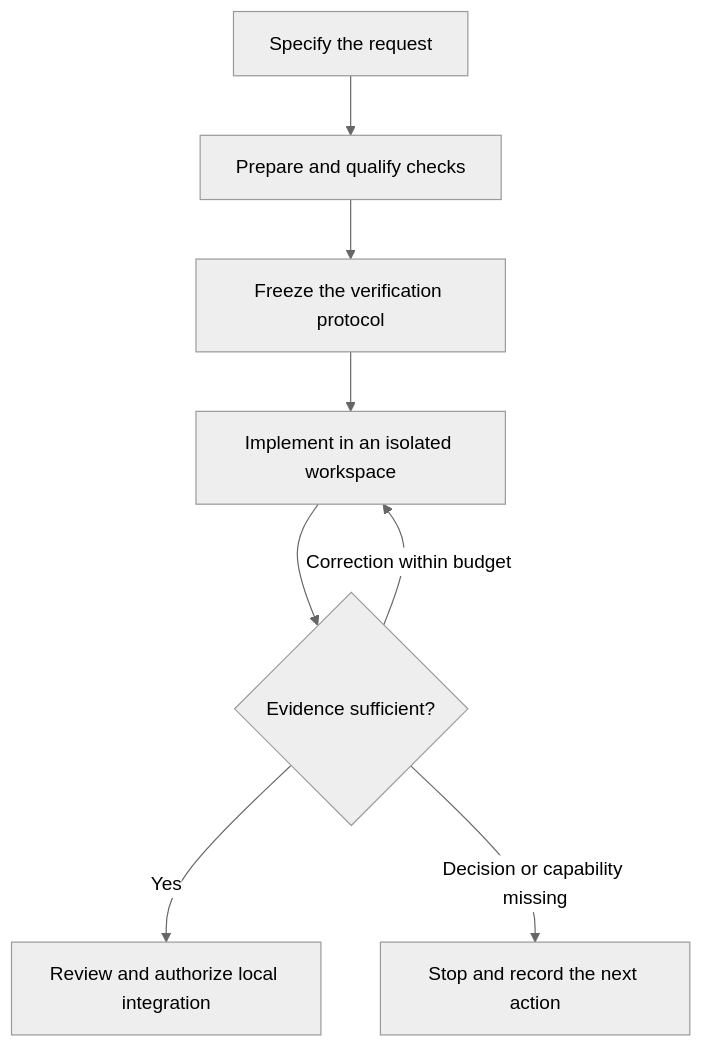
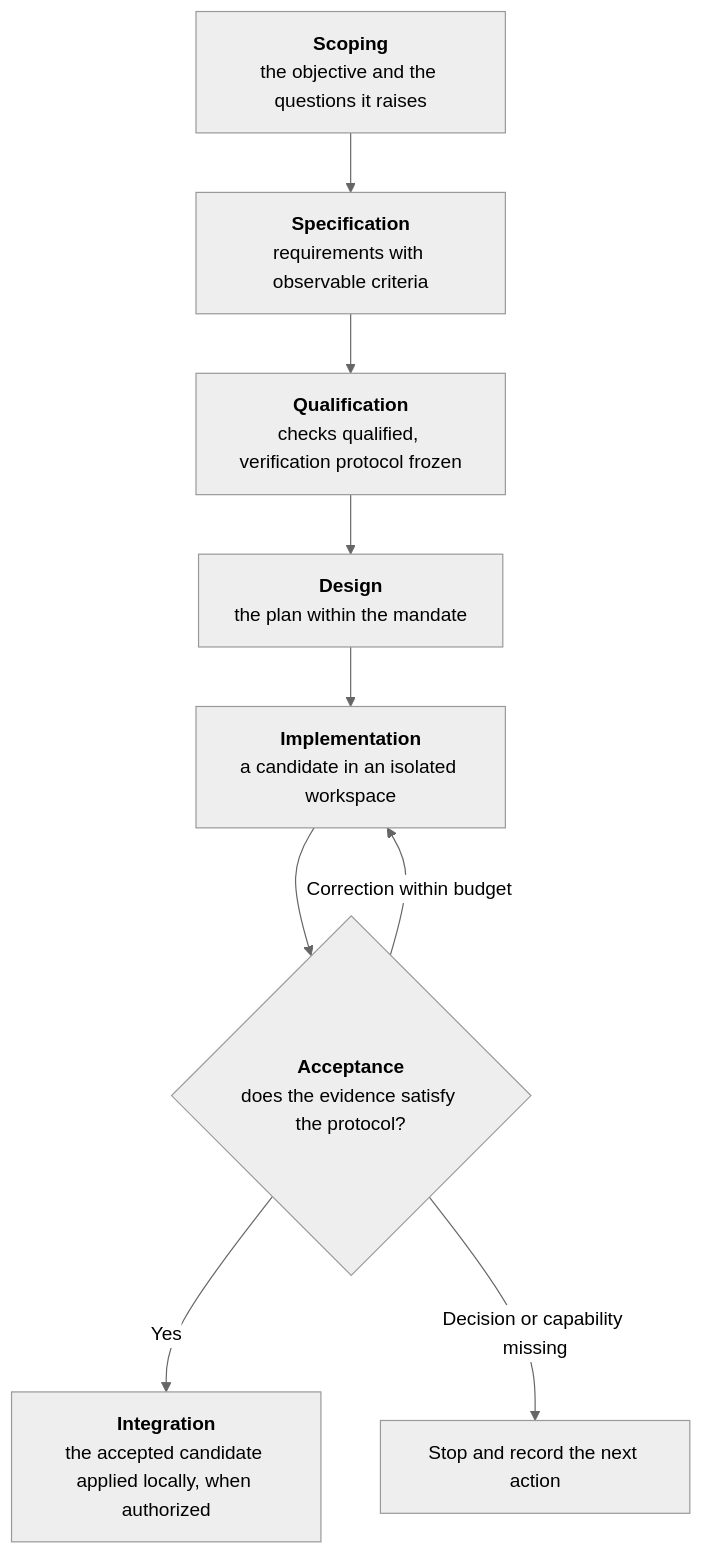
Before and after one commit to jeanjerome/pi-495: the diagram in README.md, drawn with Mermaid (neutral theme).

Commit message:
docs: the README diagram shows the seven steps Scoping to Integration, with correction and stop as the ways out of Acceptance

````diff
--- a/README.md
+++ b/README.md
@@ -131,10 +131,18 @@
 ```mermaid
 flowchart TD
-    A["Specify the request"] --> B["Prepare and qualify checks"]
-    B --> C["Freeze the verification protocol"]
-    C --> D["Implement in an isolated workspace"]
-    D --> E{"Evidence sufficient?"}
-    E -->|"Yes"| F["Review and authorize local integration"]
-    E -->|"Correction within budget"| D
-    E -->|"Decision or capability missing"| G["Stop and record the next action"]
+    S["`**Scoping**
+the objective and the questions it raises`"] --> SP["`**Specification**
+requirements with observable criteria`"]
+    SP --> Q["`**Qualification**
+checks qualified, verification protocol frozen`"]
+    Q --> D["`**Design**
+the plan within the mandate`"]
+    D --> I["`**Implementation**
+a candidate in an isolated workspace`"]
+    I --> A{"`**Acceptance**
+does the evidence satisfy the protocol?`"}
+    A -->|"Yes"| G["`**Integration**
+the accepted candidate applied locally, when authorized`"]
+    A -->|"Correction within budget"| I
+    A -->|"Decision or capability missing"| X["Stop and record the next action"]
 ```
````
